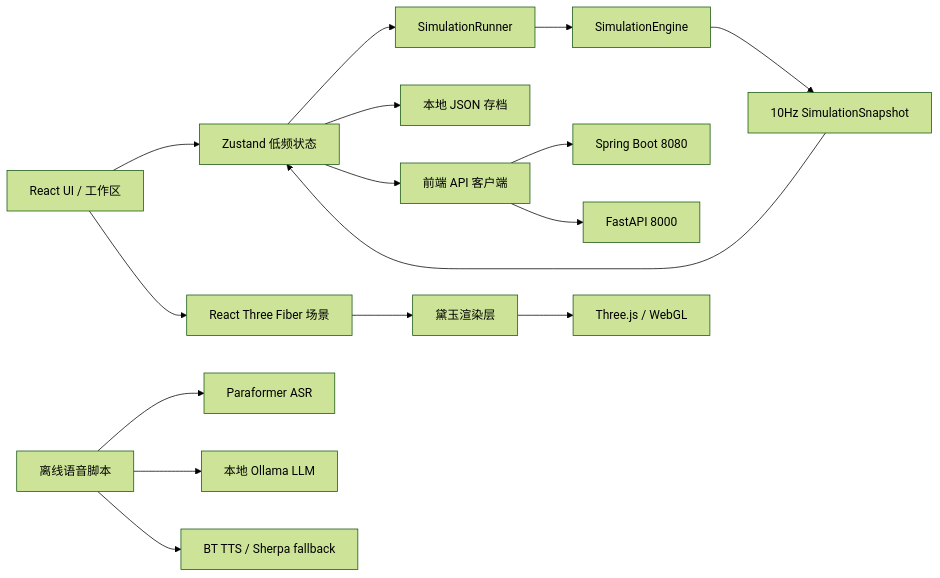
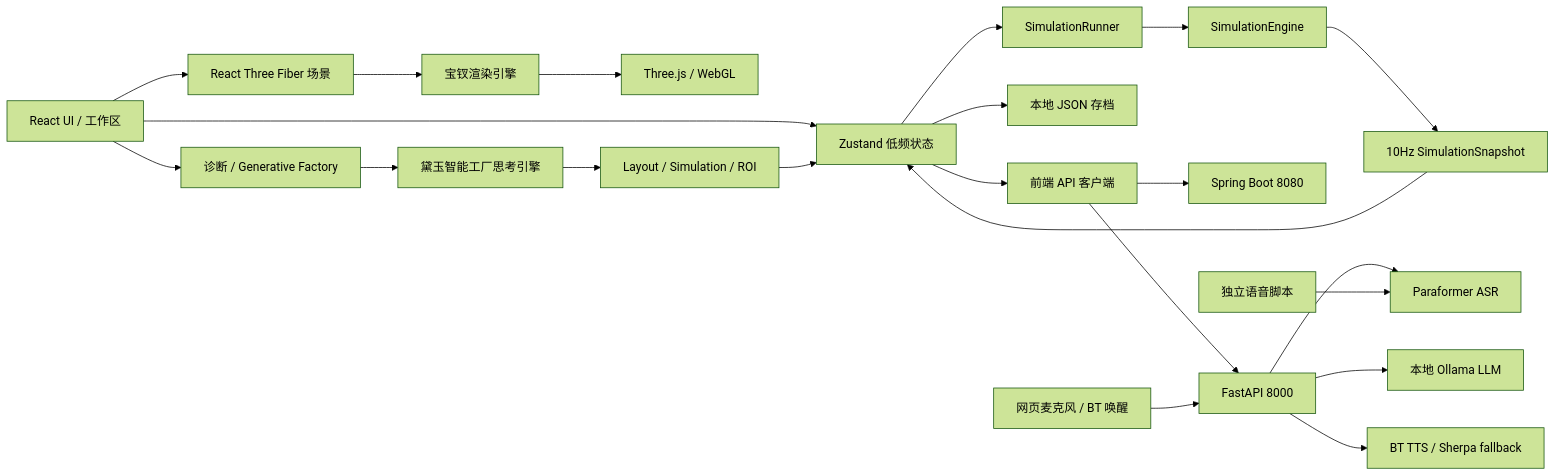
One commit to YJsnz/forgemind changed the first of 5 diagrams in docs/ForgeMind-功能模块技术文档.md. Above: the diagram before and after it, drawn with Mermaid (forest theme). The commit also changed other lines of this file and 132 other files, not shown here.

````diff
--- a/docs/ForgeMind-功能模块技术文档.md
+++ b/docs/ForgeMind-功能模块技术文档.md
@@ -31,18 +34,24 @@
 ```mermaid
 flowchart LR
   UI[React UI / 工作区] --> Store[Zustand 低频状态]
   UI --> Scene[React Three Fiber 场景]
   Store --> Runner[SimulationRunner]
   Runner --> Sim[SimulationEngine]
   Sim --> Snapshot[10Hz SimulationSnapshot]
   Snapshot --> Store
   Store --> Save[本地 JSON 存档]
   Store --> API[前端 API 客户端]
   API --> Spring[Spring Boot 8080]
-  API --> AI[FastAPI 8000]
-  Voice[离线语音脚本] --> ASR[Paraformer ASR]
-  Voice --> Ollama[本地 Ollama LLM]
-  Voice --> TTS[BT TTS / Sherpa fallback]
-  Scene --> Daiyu[黛玉渲染层]
-  Daiyu --> GPU[Three.js / WebGL]
+  API --> AIService[FastAPI 8000]
+  BrowserVoice[网页麦克风 / BT 唤醒] --> AIService
+  AIService --> ASR[Paraformer ASR]
+  AIService --> Ollama[本地 Ollama LLM]
+  AIService --> TTS[BT TTS / Sherpa fallback]
+  Voice[独立语音脚本] --> ASR
+  UI --> Diagnostics[诊断 / Generative Factory]
+  Scene --> Baochai[宝钗渲染引擎]
+  Baochai --> GPU[Three.js / WebGL]
+  Diagnostics --> Daiyu[黛玉智能工厂思考引擎]
+  Daiyu --> Candidate[Layout / Simulation / ROI]
+  Candidate --> Store
 ```
````
